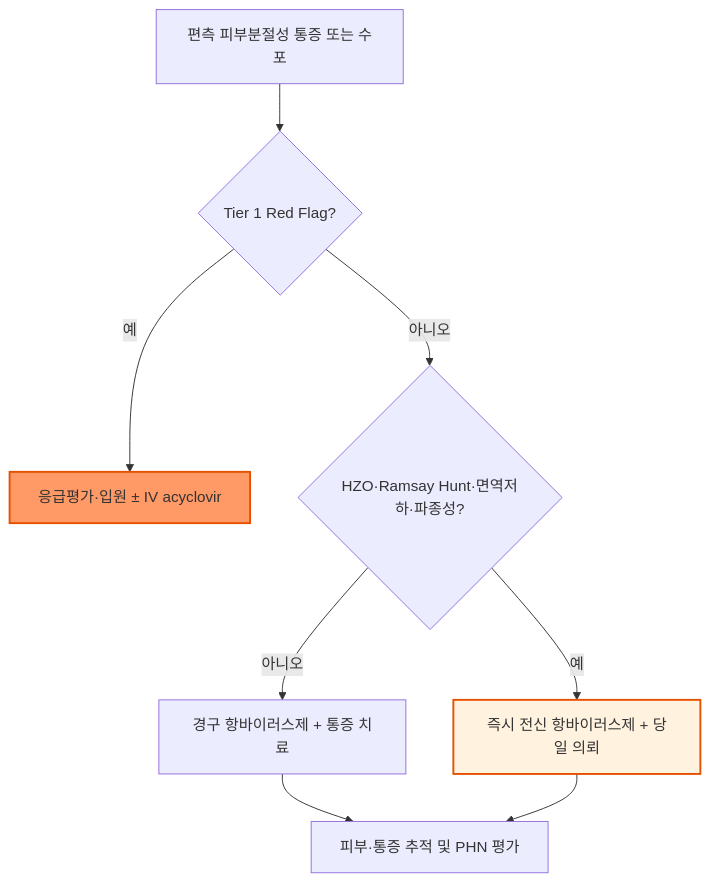
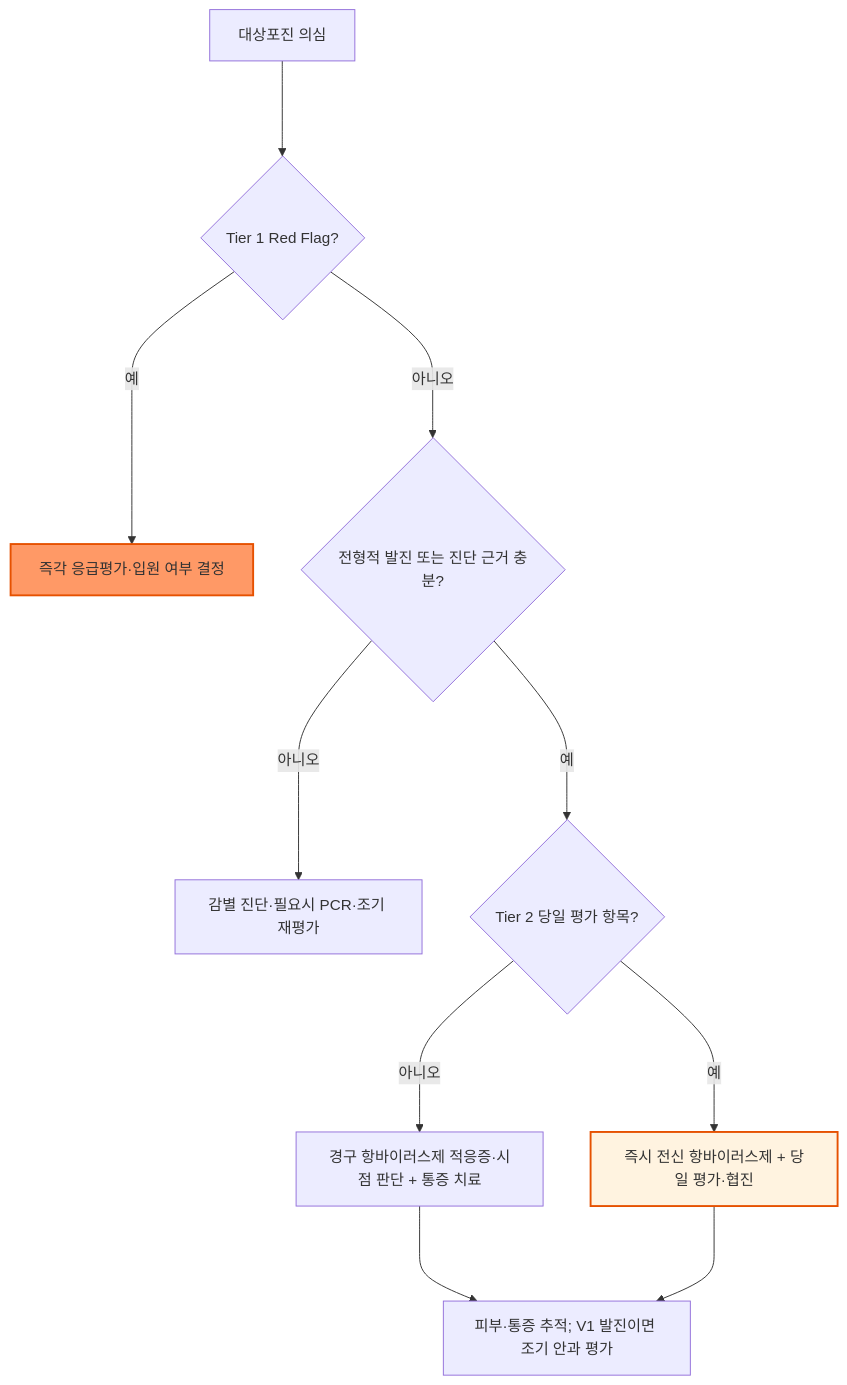
The diagram in 229_/180_-herpes-zoster.md (familyoh77/familyoh77), drawn with Mermaid before and after one commit. The commit also changed other lines of this file, not shown here.

````diff
--- a/229_/180_-herpes-zoster.md
+++ b/229_/180_-herpes-zoster.md
@@ -141,12 +151,14 @@
 ```mermaid
 flowchart TD
-    A[편측 피부분절성 통증 또는 수포] --> B{Tier 1 Red Flag?}
-    B -->|예| C[응급평가·입원 ± IV acyclovir]
-    B -->|아니오| D{HZO·Ramsay Hunt·면역저하·파종성?}
-    D -->|예| E[즉시 전신 항바이러스제 + 당일 의뢰]
-    D -->|아니오| F[경구 항바이러스제 + 통증 치료]
-    F --> G[피부·통증 추적 및 PHN 평가]
-    E --> G
+    A["대상포진 의심"] ---> B{"Tier 1 Red Flag?"}
+    B --->|예| C["즉각 응급평가·입원 여부 결정"]
+    B --->|아니오| D{"전형적 발진 또는 진단 근거 충분?"}
+    D --->|아니오| E["감별 진단·필요시 PCR·조기 재평가"]
+    D --->|예| F{"Tier 2 당일 평가 항목?"}
+    F --->|예| G["즉시 전신 항바이러스제 + 당일 평가·협진"]
+    F --->|아니오| H["경구 항바이러스제 적응증·시점 판단 + 통증 치료"]
+    H ---> I["피부·통증 추적; V1 발진이면 조기 안과 평가"]
+    G ---> I
     style C fill:#f96,stroke:#e65100,stroke-width:2px
-    style E fill:#fff3e0,stroke:#e65100,stroke-width:2px
+    style G fill:#fff3e0,stroke:#e65100,stroke-width:2px
 ```
````
